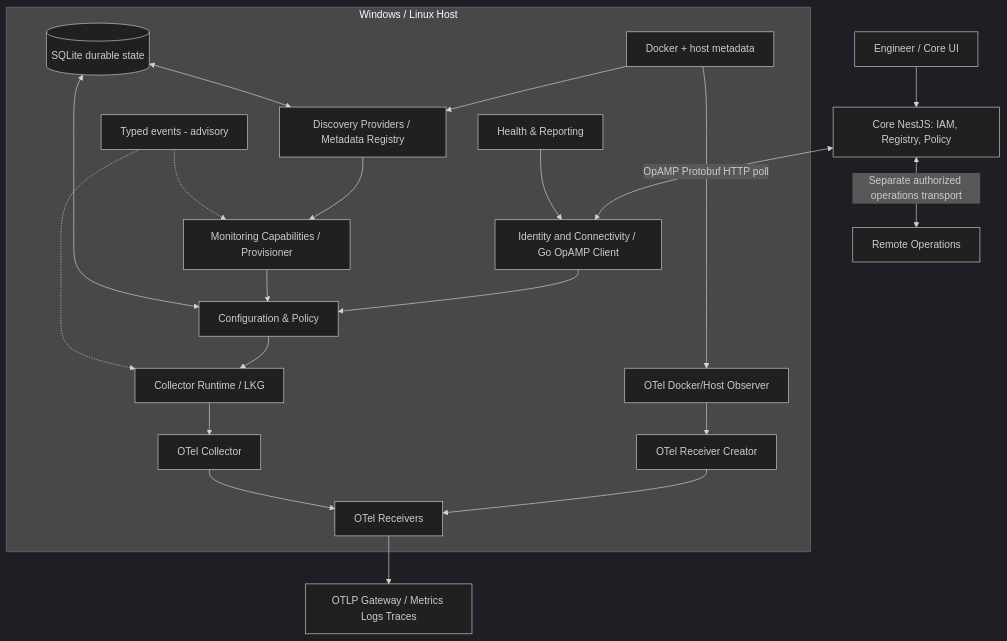
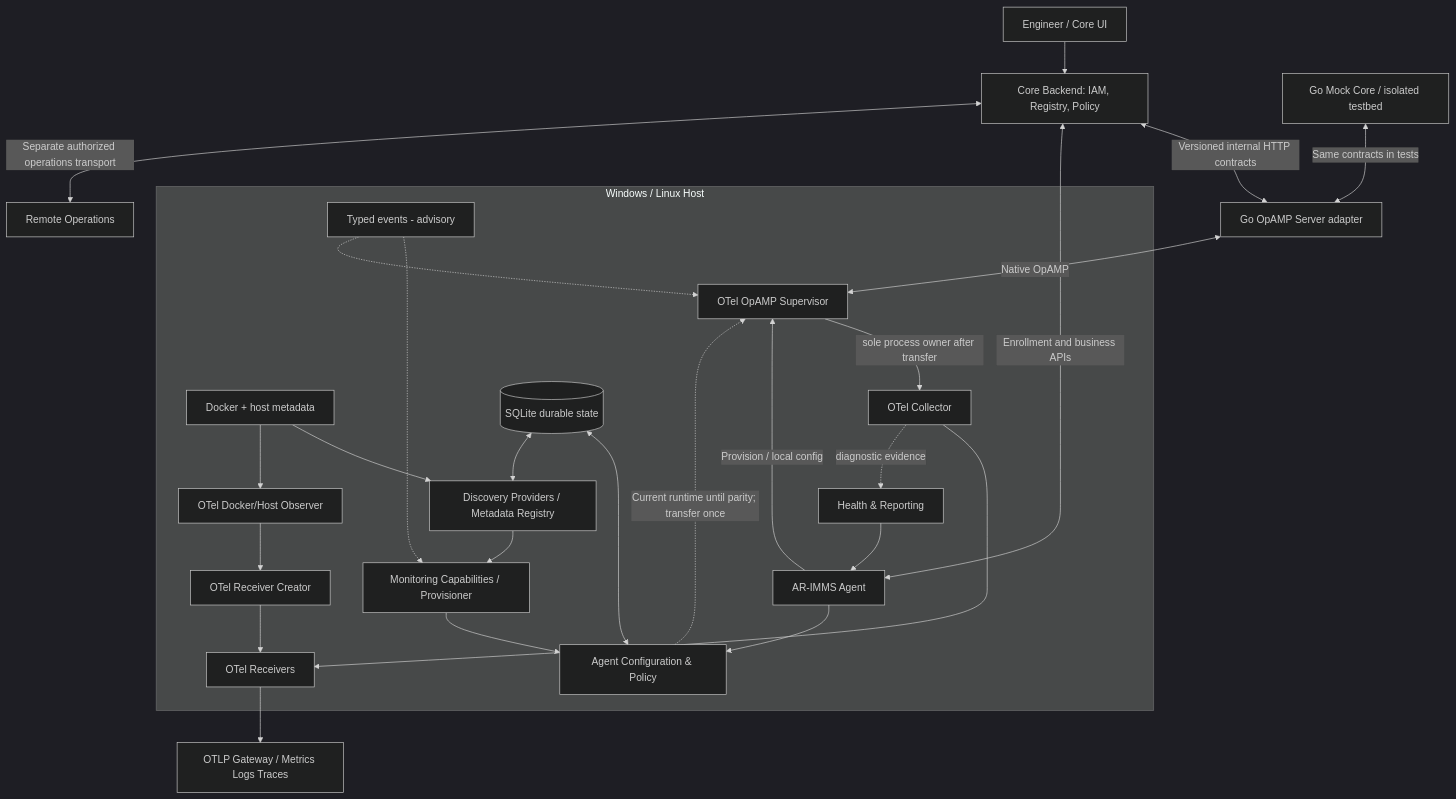
The diagram in docs/local/architecture/v0.1.4a-next/diagrams/component.mmd (AR-IMMS/telemetry-agent), drawn with Mermaid (dark theme) before and after one commit. The commit also changed 9 other files, not shown here.

Commit message:
docs(pr-07): revise OpAMP target architecture

```diff
--- a/docs/local/architecture/v0.1.4a-next/diagrams/component.mmd
+++ b/docs/local/architecture/v0.1.4a-next/diagrams/component.mmd
@@ -1,22 +1,27 @@
 flowchart TB
-    Admin[Engineer / Core UI] --> Core[Core NestJS: IAM, Registry, Policy]
-    Core <-->|OpAMP Protobuf HTTP poll| Identity[Identity and Connectivity / Go OpAMP Client]
+    Admin[Engineer / Core UI] --> Core[Core Backend: IAM, Registry, Policy]
+    Core <-->|Versioned internal HTTP contracts| OpAMPServer[Go OpAMP Server adapter]
+    Mock[Go Mock Core / isolated testbed] <-->|Same contracts in tests| OpAMPServer
+    OpAMPServer <-->|Native OpAMP| OTelSupervisor[OTel OpAMP Supervisor]
+    Core <-->|Enrollment and business APIs| Agent[AR-IMMS Agent]
     Core <-->|Separate authorized operations transport| Operations[Remote Operations]
     subgraph Host[Windows / Linux Host]
-      Identity --> Configuration[Configuration & Policy]
+      Agent -->|Provision / local config| OTelSupervisor
+      Agent --> Configuration[Agent Configuration & Policy]
       Docker[Docker + host metadata] --> Inventory[Discovery Providers / Metadata Registry]
       Inventory --> Monitoring[Monitoring Capabilities / Provisioner]
       Monitoring --> Configuration
-      Configuration --> Runtime[Collector Runtime / LKG]
-      Runtime --> OTel[OTel Collector]
+      Configuration -.->|Current runtime until parity; transfer once| OTelSupervisor
+      OTelSupervisor -->|sole process owner after transfer| OTel[OTel Collector]
       Docker --> Observer[OTel Docker/Host Observer]
       Observer --> Creator[OTel Receiver Creator]
       Creator --> Receivers[OTel Receivers]
       OTel --> Receivers
       State[(SQLite durable state)] <--> Configuration
       State <--> Inventory
       Events[Typed events - advisory] -.-> Monitoring
-      Events -.-> Runtime
-      Health[Health & Reporting] --> Identity
+      Events -.-> OTelSupervisor
+      Health[Health & Reporting] --> Agent
+      OTel -.->|diagnostic evidence| Health
     end
     Receivers --> Gateway[OTLP Gateway / Metrics Logs Traces]
```
